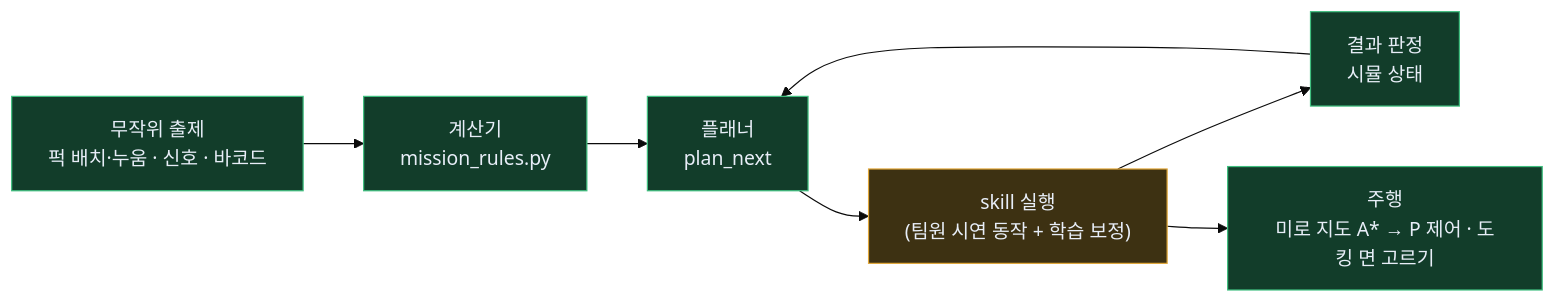
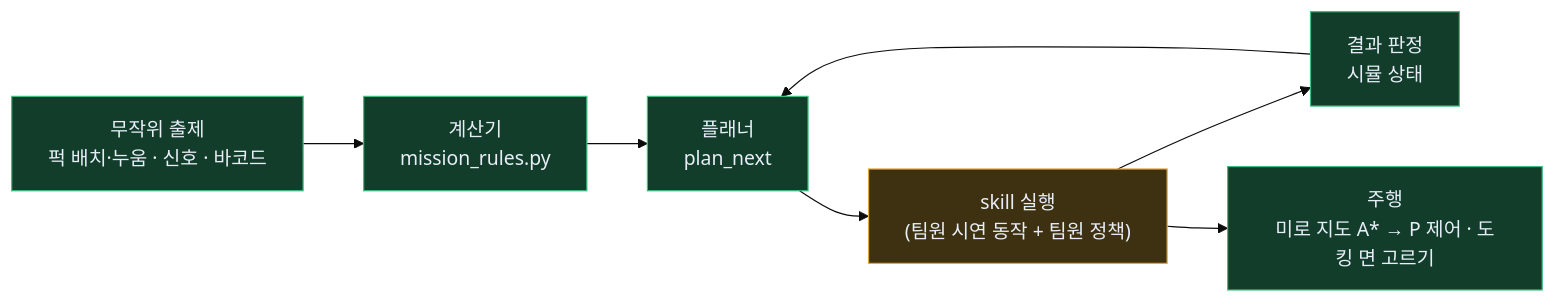
Before and after one commit to JuneKunst/JuneKunst.github.io: the eighth of 9 diagrams in bee/system-map.md, drawn with Mermaid (base theme). The commit also changed other lines of this file and 1 other file, not shown here.

````diff
--- a/bee/system-map.md
+++ b/bee/system-map.md
@@ -363,11 +352,11 @@
 ```mermaid
 flowchart LR
   g5_G["무작위 출제<br/>퍽 배치·누움 · 신호 · 바코드"]:::ok --> g5_C["계산기<br/>mission_rules.py"]:::ok
   g5_C --> g5_PL["플래너<br/>plan_next"]:::ok
-  g5_PL --> g5_X["skill 실행<br/>(팀원 시연 동작 + 학습 보정)"]:::wip
+  g5_PL --> g5_X["skill 실행<br/>(팀원 시연 동작 + 팀원 정책)"]:::wip
   g5_X --> g5_J["결과 판정<br/>시뮬 상태"]:::ok
   g5_J --> g5_PL
   g5_X --> g5_D["주행<br/>미로 지도 A* → P 제어 · 도킹 면 고르기"]:::ok
   classDef ok fill:#123d2a,stroke:#3fbf7f,color:#e8eef8
   classDef wip fill:#3d3112,stroke:#e2a83a,color:#e8eef8
 ```
````
